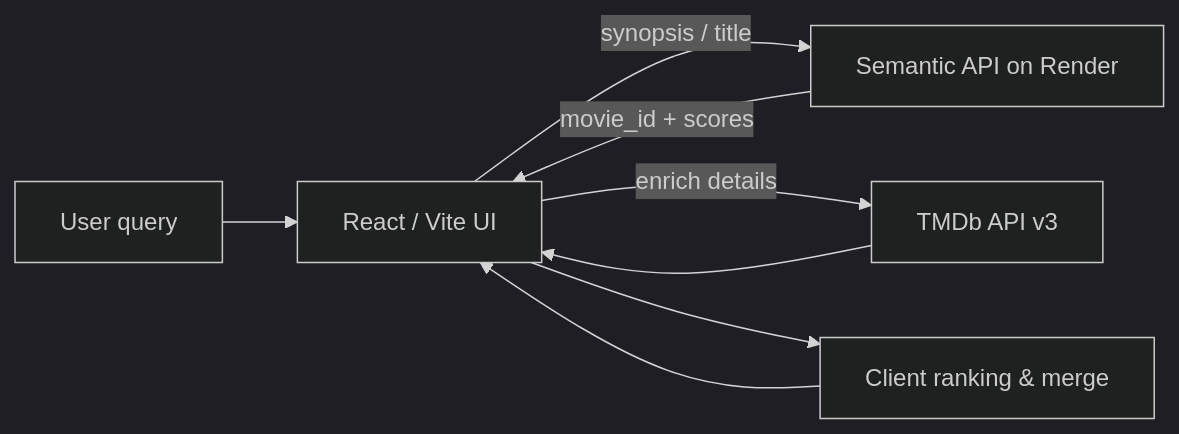
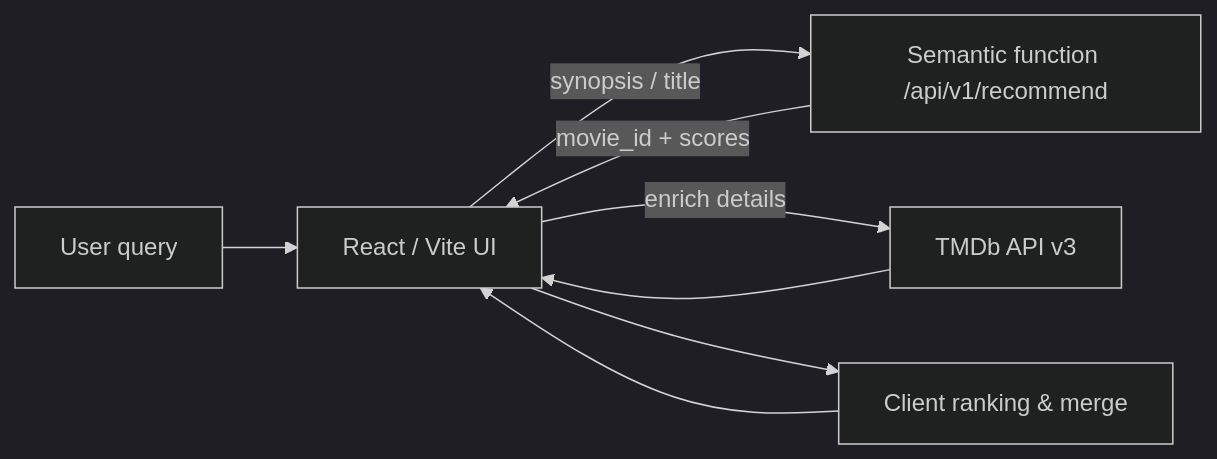
Before and after one commit to sidnei-almeida/cinescope-semantic-discovery: the diagram in README.md, drawn with Mermaid (dark theme). The commit also changed other lines of this file and 14 other files, not shown here.

````diff
--- a/README.md
+++ b/README.md
@@ -53,15 +53,15 @@
 ```mermaid
 flowchart LR
   USER[User query]
   UI[React / Vite UI]
-  BERT[Semantic API on Render]
+  BERT[Semantic function /api/v1/recommend]
   TMDB[TMDb API v3]
   RANK[Client ranking & merge]
 
   USER --> UI
   UI -->|synopsis / title| BERT
   BERT -->|movie_id + scores| UI
   UI -->|enrich details| TMDB
   TMDB --> UI
   UI --> RANK --> UI
 ```
````
